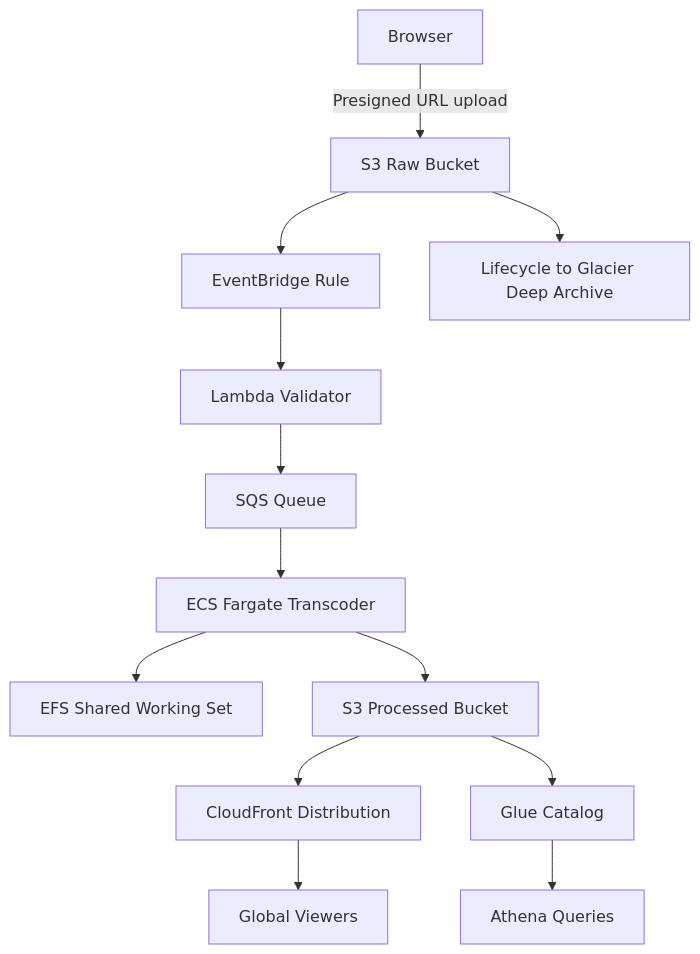
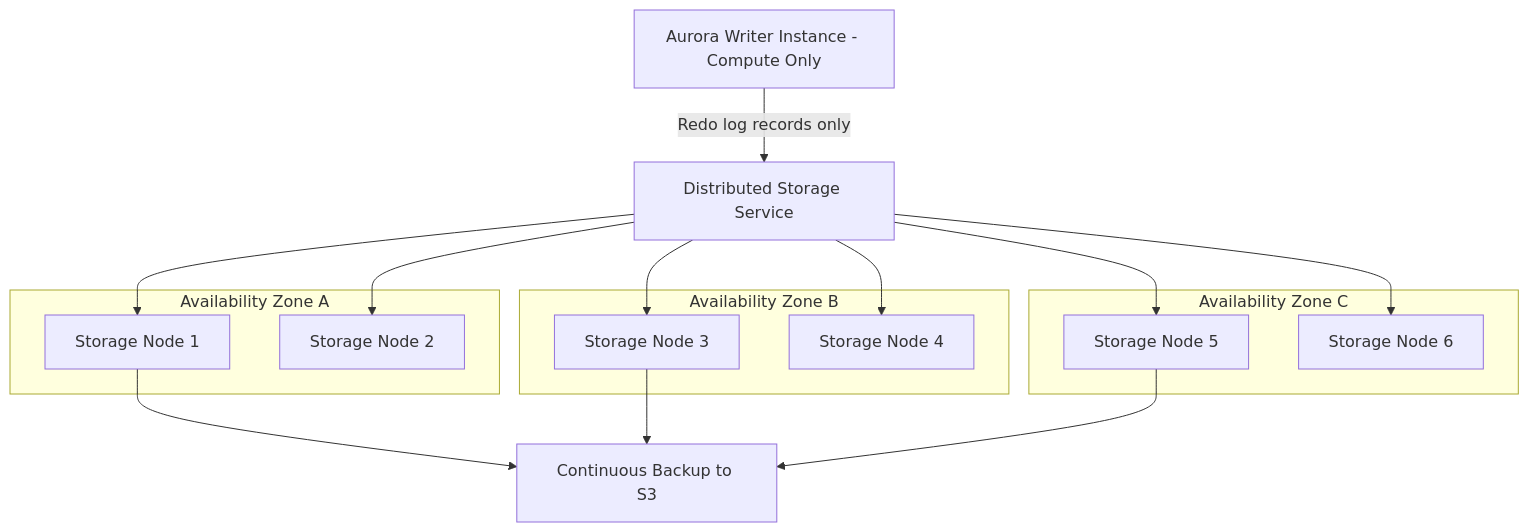
Diagram 13 of 35 in docs/unit1/topic5.md (norbutlepcha25/dso303), drawn with Mermaid before and after one commit. The commit also changed other lines of this file and 945 other files, not shown here.

````diff
--- a/docs/unit1/topic5.md
+++ b/docs/unit1/topic5.md
@@ -1414,15 +618,25 @@
 ```mermaid
 graph TD
-    U["Browser"] -->|"Presigned URL upload"| S3R["S3 Raw Bucket"]
-    S3R --> EB["EventBridge Rule"]
-    EB --> L1["Lambda Validator"]
-    L1 --> SQ["SQS Queue"]
-    SQ --> ECS["ECS Fargate Transcoder"]
-    ECS --> EFS["EFS Shared Working Set"]
-    ECS --> S3P["S3 Processed Bucket"]
-    S3P --> CFD["CloudFront Distribution"]
-    CFD --> U2["Global Viewers"]
-    S3P --> GLU["Glue Catalog"]
-    GLU --> ATH["Athena Queries"]
-    S3R --> LC["Lifecycle to Glacier Deep Archive"]
+    A["Aurora Writer Instance - Compute Only"] -->|"Redo log records only"| B["Distributed Storage Service"]
+    subgraph AZ1["Availability Zone A"]
+        S1["Storage Node 1"]
+        S2["Storage Node 2"]
+    end
+    subgraph AZ2["Availability Zone B"]
+        S3["Storage Node 3"]
+        S4["Storage Node 4"]
+    end
+    subgraph AZ3["Availability Zone C"]
+        S5["Storage Node 5"]
+        S6["Storage Node 6"]
+    end
+    B --> S1
+    B --> S2
+    B --> S3
+    B --> S4
+    B --> S5
+    B --> S6
+    S1 --> C["Continuous Backup to S3"]
+    S3 --> C
+    S5 --> C
 ```
````
